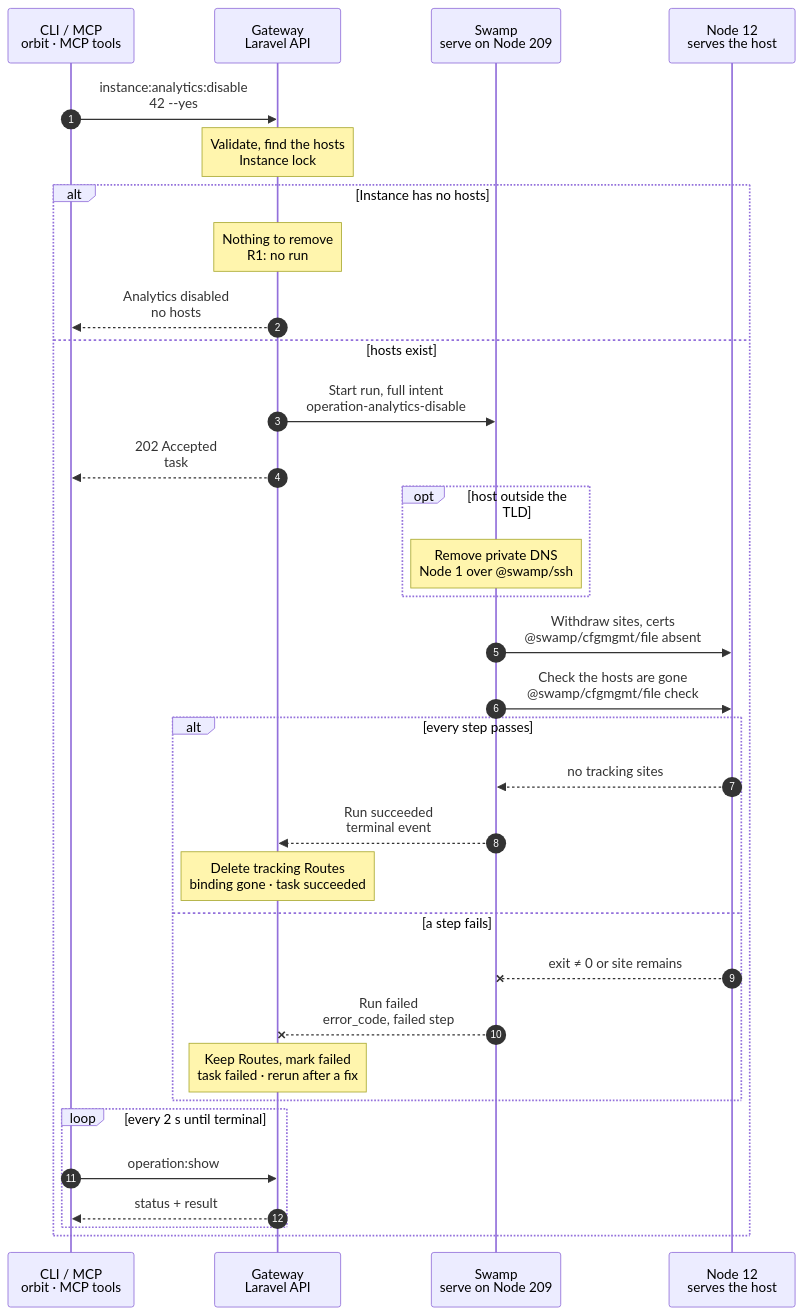
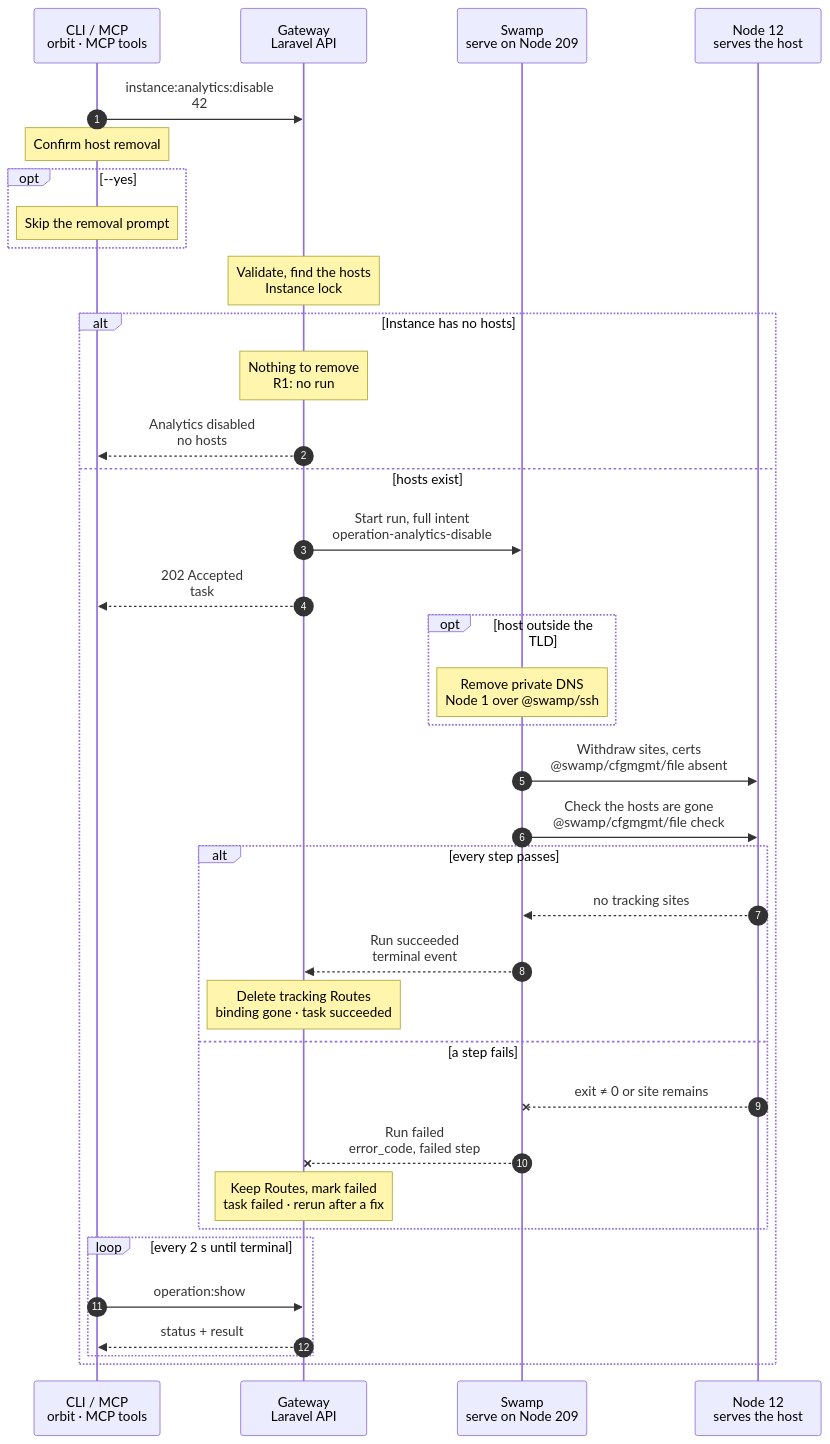
The diagram in docs/cli/instance/analytics-disable.mmd (hardimpactdev/orbit), drawn with Mermaid before and after one commit. The commit also changed 11 other files, not shown here.

```diff
--- a/docs/cli/instance/analytics-disable.mmd
+++ b/docs/cli/instance/analytics-disable.mmd
@@ -1,109 +1,117 @@
 sequenceDiagram
   %% Target design: ADR 0244 task, Recall analytics-plausible-via-swamp (disable keeps the Plausible site), DECISIONS, R1-R4. docs/reference/analytics.md.
   %% Tightened: flow-tighten 2026-11-02, rules 3, 8, 17, 22 (DNS first and only outside the TLD; sites and certificates withdrawn in one step, as route:destroy does).
   %% status: draft
   %% command: instance:analytics:disable
   %% kind: analytics.disable
   autonumber
   %% lane CLI icon=terminal pill=caller tone=gray
   %% lane GW icon=gateway pill=intent tone=blue
   %% lane SW icon=workflow pill=executes tone=green
   %% lane N icon=server pill=target tone=amber
   participant CLI as CLI / MCP<br/>orbit · MCP tools
   participant GW as Gateway<br/>Laravel API
   participant SW as Swamp<br/>serve on Node 209
   participant N as Node 12<br/>serves the host
-  CLI->>GW: instance:analytics:disable<br/>42 --yes
+  CLI->>GW: instance:analytics:disable<br/>42
   %%> Command:
-  %%> - `orbit instance:analytics:disable 42 --yes`
+  %%> - `orbit instance:analytics:disable 42`
   %%> - syntax: `<instance> [--yes] [--json]`
   %%> Confirmation:
   %%> - without `--yes`, the CLI asks first; the default is No
   %%> - without a terminal, or with `--json`, `--yes` is required (`input.confirmation_required`)
   %%> What it does:
   %%> - removes every tracking host of Instance 42; Plausible keeps the site and its history
+  Note over CLI: Confirm host removal
+  %%> What it does:
+  %%> - asks for default-No consent before sending the disable request
+  opt --yes
+    Note over CLI: Skip the removal prompt
+    %%> What it changes:
+    %%> - supplies consent without the default-No prompt; required for noninteractive or JSON calls
+  end
   Note over GW: Validate, find the hosts<br/>Instance lock
   %%> Requirements:
   %%> - your Node has an access grant to Node 12
   %%> - no other analytics or Route change runs for Instance 42; the Gateway holds one lock
   %%> Decides:
   %%> - whether any tracking host exists
   alt Instance has no hosts
     Note over GW: Nothing to remove<br/>R1: no run
     %%> Result:
     %%> - nothing changes; no Swamp run starts (R1)
     GW-->>CLI: Analytics disabled<br/>no hosts
     %%> What you get:
     %%> - the final result at once; there is nothing to follow
   else hosts exist
     GW->>SW: Start run, full intent<br/>operation-analytics-disable
     %%> What it does:
     %%> - records task #5127 and starts one Swamp run on serve (Node 209)
     %%> Inputs:
     %%> - the tracking sites and certificates to remove, and their DNS records
     %%> - Node 12's address and SSH host keys; the SSH identity comes from the `swamp` role
     %%> Not included:
     %%> - Plausible credentials; disable does not call Plausible
     GW-->>CLI: 202 Accepted<br/>task #5127
     %%> What you get:
     %%> - the task number, at once
     %%> Next:
     %%> - the CLI follows the task with `operation:show`
     opt host outside the TLD
       Note over SW: Remove private DNS<br/>Node 1 over @swamp/ssh
       %%> When:
       %%> - only for a tracking host outside the Cluster or Node TLD; private DNS answers the whole TLD
       %%> What it does:
       %%> - removes the hosts' private DNS records and waits the 31-second grace
       %%> How:
       %%> - over SSH from 209 to the VPN Node (Node 1), with the `swamp` role's key
       %%> Why first:
       %%> - unpublish before removing: the name stops resolving before its site leaves
     end
     SW->>N: Withdraw sites, certs<br/>@swamp/cfgmgmt/file absent
     %%> How:
     %%> - over SSH from 209 with `@swamp/ssh` and `@swamp/cfgmgmt/file`; `caddy validate` as one `@swamp/ssh exec`, then a reload
     %%> What it does:
     %%> - removes only the tracking sections; other sites stay; validates, then reloads Caddy without a restart
     %%> - on a Router, then removes the tracking certificates in the same step; tracking hosts on a Node-scoped Route have no Orbit certificate
     %%> Why one step:
     %%> - the mirror of `instance:analytics:enable`, and of `route:destroy`; the site goes before its certificate, so no read of the loaded config runs first
     SW->>N: Check the hosts are gone<br/>@swamp/cfgmgmt/file check
     %%> What it does:
     %%> - reads the loaded Caddy config and checks no tracking site remains
     alt every step passes
       N-->>SW: no tracking sites
       %%> Returns:
       %%> - the check passed
       SW-->>GW: Run succeeded<br/>terminal event
       %%> How the Gateway learns it:
       %%> - its shared run reader sees the terminal event; Swamp never calls the Gateway
       Note over GW: Delete tracking Routes<br/>binding gone · task succeeded
       %%> Result:
       %%> - the tracking Routes and the site binding are deleted
       %%> - the Plausible site, its history and its goals stay
       %%> - task #5127 succeeds
     else a step fails
       N--xSW: exit ≠ 0 or site remains
       %%> When:
       %%> - Caddy refuses the config, SSH fails, or a tracking site is still loaded
       SW--xGW: Run failed<br/>error_code, failed step
       %%> The Gateway reads:
       %%> - which step failed and its error code
       Note over GW: Keep Routes, mark failed<br/>task failed · rerun after a fix
       %%> Result:
       %%> - the tracking Routes and the site binding stay, marked failed; task #5127 fails
       %%> On the Node:
       %%> - sections already withdrawn stay withdrawn; there is no rollback
       %%> Retry:
       %%> - run the same command again; it skips what is already gone
     end
     loop every 2 s until terminal
       CLI->>GW: operation:show #5127
       %%> What it does:
       %%> - asks for the task's status every 2 seconds until it has ended
       GW-->>CLI: status + result
       %%> Returns:
       %%> - the current status, and the result once the task has ended
     end
   end
```
